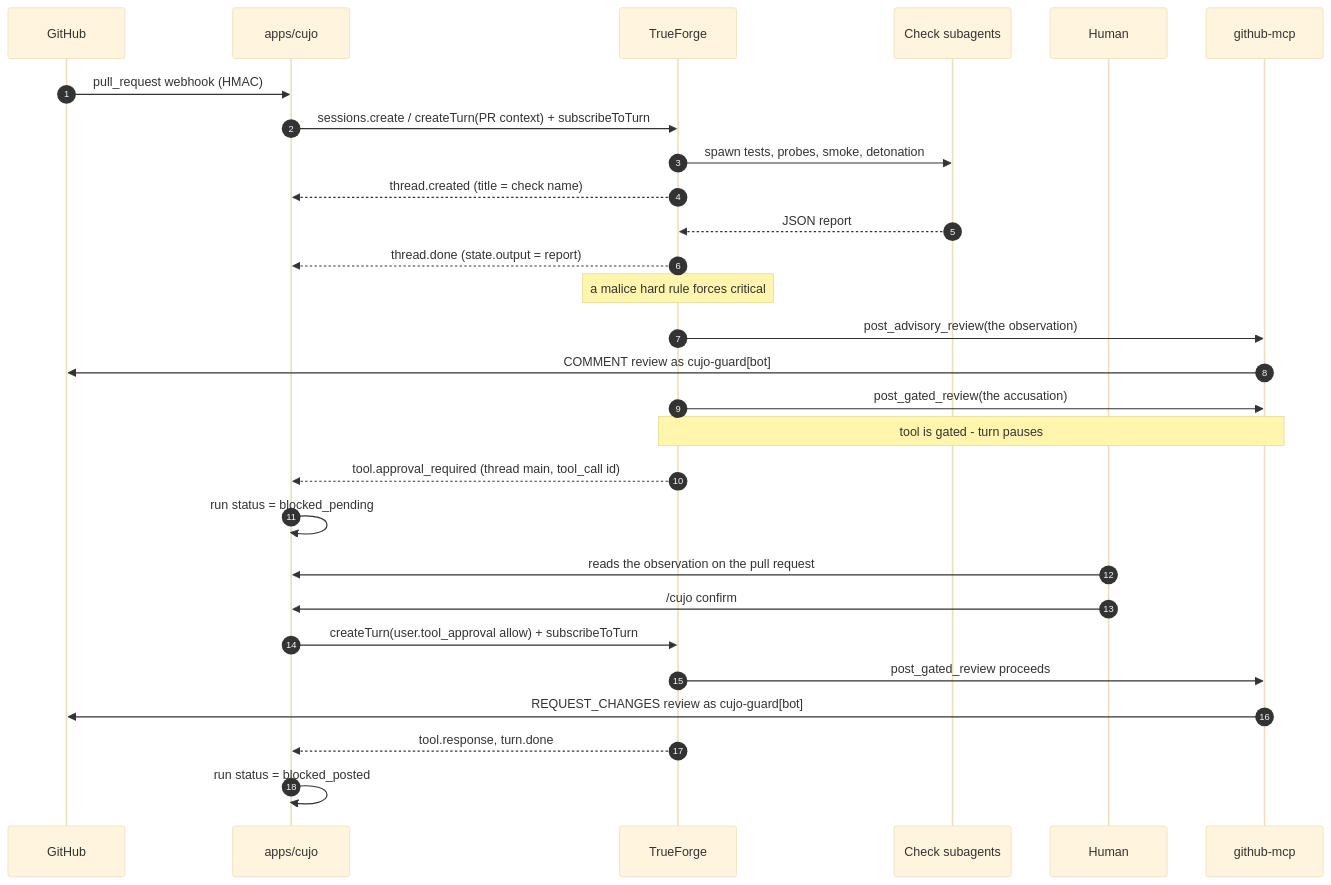
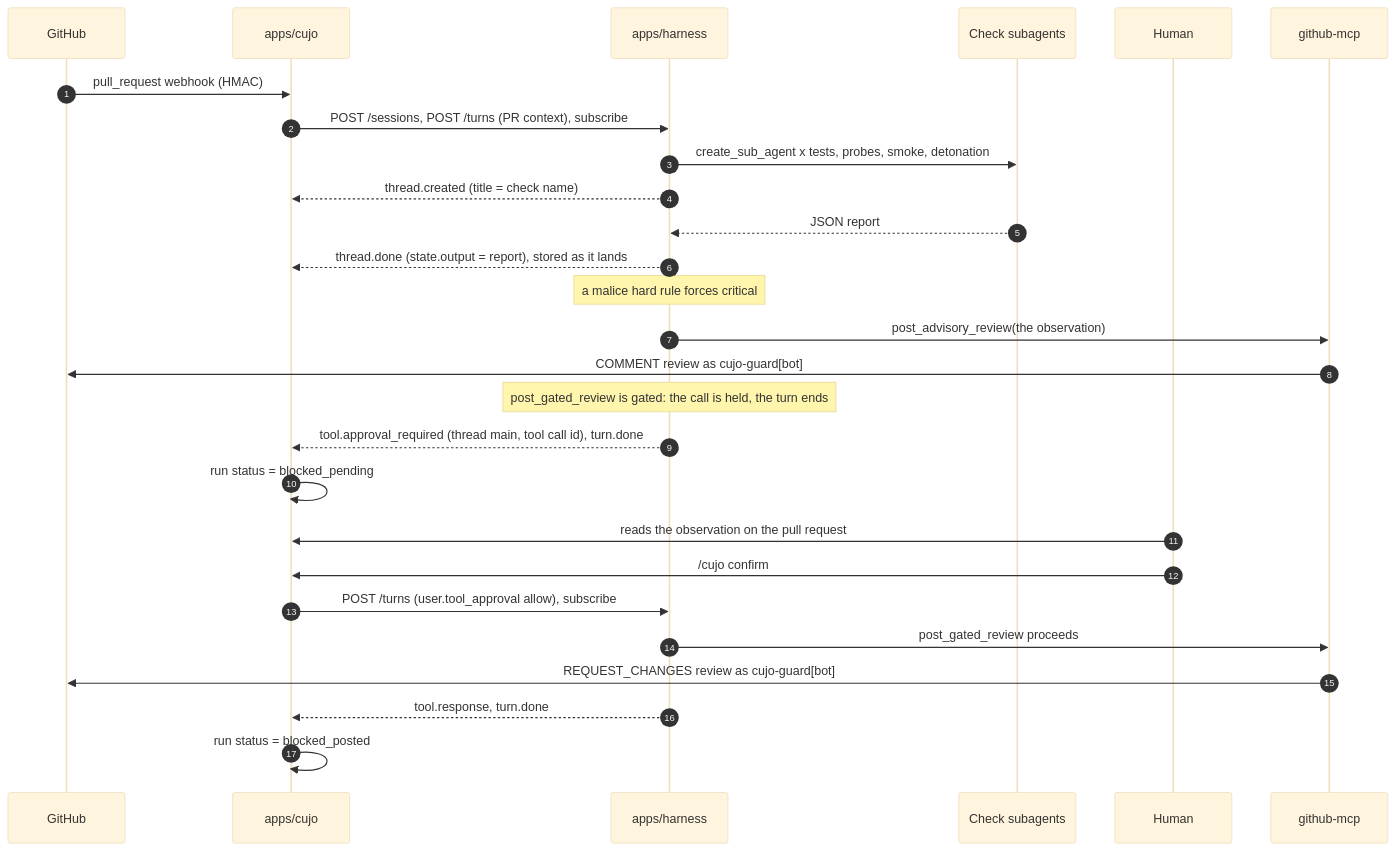
Before and after one commit to spencerjireh/cujo: the second of 2 diagrams in docs/architecture.md, drawn with Mermaid (base theme). The commit also changed other lines of this file and 55 other files, not shown here.

````diff
--- a/docs/architecture.md
+++ b/docs/architecture.md
@@ -139,31 +140,30 @@
 ```mermaid
 sequenceDiagram
   autonumber
   participant GH as GitHub
   participant C as apps/cujo
-  participant TF as TrueForge
+  participant TF as apps/harness
   participant Sub as Check subagents
   participant H as Human
   participant M as github-mcp
 
   GH->>C: pull_request webhook (HMAC)
-  C->>TF: sessions.create / createTurn(PR context) + subscribeToTurn
-  TF->>Sub: spawn tests, probes, smoke, detonation
+  C->>TF: POST /sessions, POST /turns (PR context), subscribe
+  TF->>Sub: create_sub_agent x tests, probes, smoke, detonation
   TF-->>C: thread.created (title = check name)
   Sub-->>TF: JSON report
-  TF-->>C: thread.done (state.output = report)
+  TF-->>C: thread.done (state.output = report), stored as it lands
   Note over TF: a malice hard rule forces critical
   TF->>M: post_advisory_review(the observation)
   M->>GH: COMMENT review as cujo-guard[bot]
-  TF->>M: post_gated_review(the accusation)
-  Note over TF,M: tool is gated - turn pauses
-  TF-->>C: tool.approval_required (thread main, tool_call id)
+  Note over TF: post_gated_review is gated: the call is held, the turn ends
+  TF-->>C: tool.approval_required (thread main, tool call id), turn.done
   C->>C: run status = blocked_pending
   H->>C: reads the observation on the pull request
   H->>C: /cujo confirm
-  C->>TF: createTurn(user.tool_approval allow) + subscribeToTurn
+  C->>TF: POST /turns (user.tool_approval allow), subscribe
   TF->>M: post_gated_review proceeds
   M->>GH: REQUEST_CHANGES review as cujo-guard[bot]
   TF-->>C: tool.response, turn.done
   C->>C: run status = blocked_posted
 ```
````
